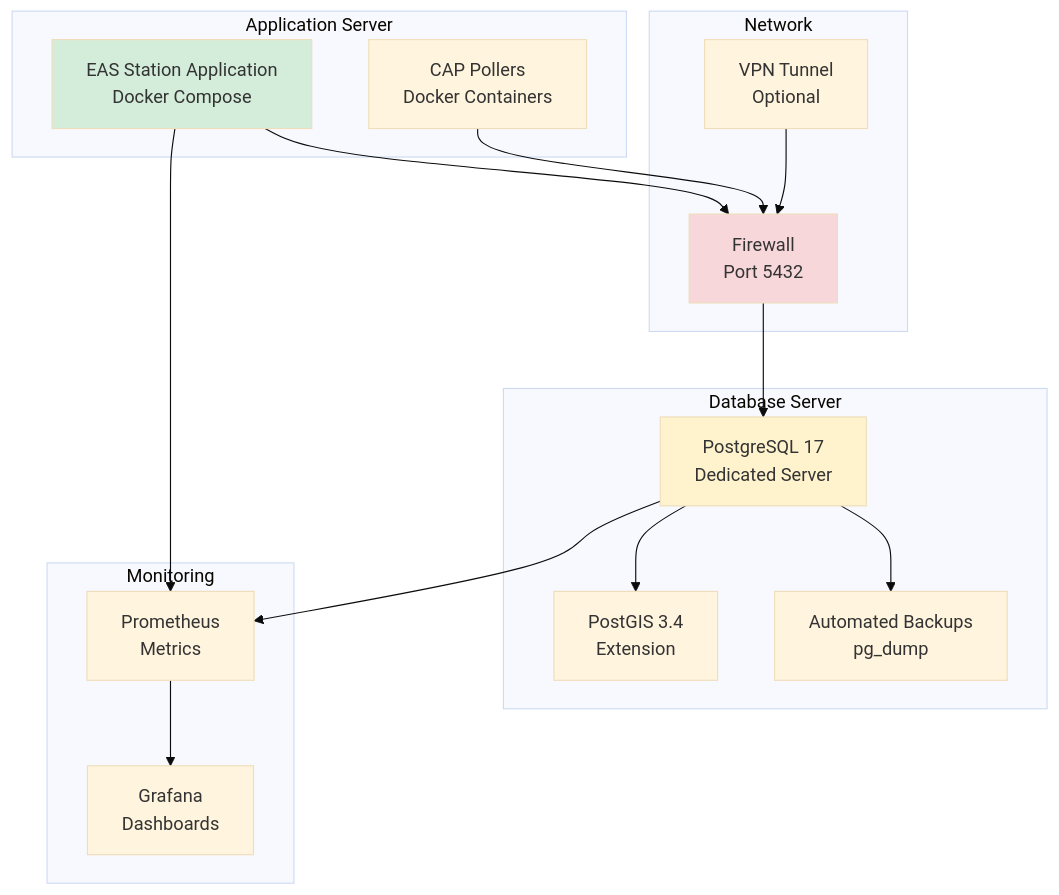
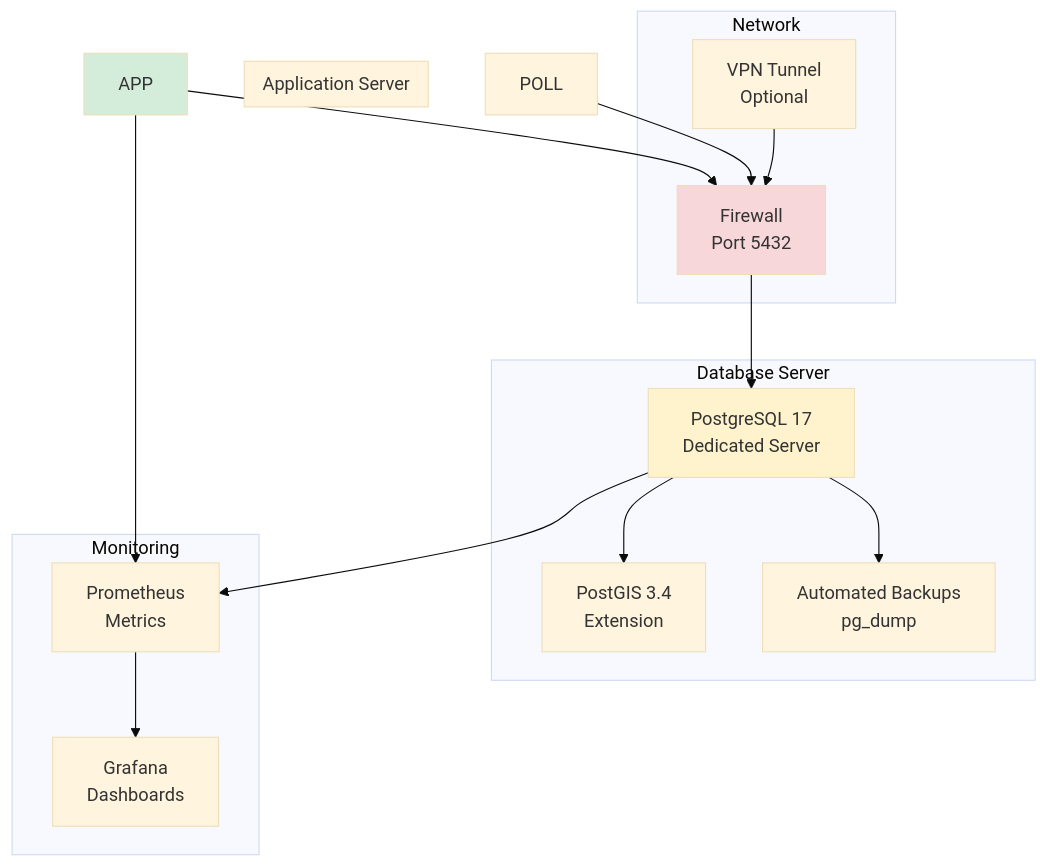
One commit to chelstein/eas-station changed diagram 21 of 21 in docs/architecture/SYSTEM_ARCHITECTURE.md. Above: the diagram before and after it, drawn with Mermaid (base theme). The commit also changed other lines of this file and 71 other files, not shown here.

Commit message:
Remove all Docker references from documentation, charts, and SVG files

````diff
--- a/docs/architecture/SYSTEM_ARCHITECTURE.md
+++ b/docs/architecture/SYSTEM_ARCHITECTURE.md
@@ -1084,39 +1081,37 @@
 ```mermaid
 graph TB
     subgraph "Application Server"
-        APP[EAS Station Application<br>Docker Compose]
-        POLL[CAP Pollers<br>Docker Containers]
     end
 
     subgraph "Database Server"
         PG[PostgreSQL 17<br>Dedicated Server]
         PGIS[PostGIS 3.4<br>Extension]
         BACKUP[Automated Backups<br>pg_dump]
     end
 
     subgraph "Network"
         FW[Firewall<br>Port 5432]
         VPN[VPN Tunnel<br>Optional]
     end
 
     subgraph "Monitoring"
         PROM[Prometheus<br>Metrics]
         GRAF[Grafana<br>Dashboards]
     end
 
     APP --> FW
     POLL --> FW
     FW --> PG
     PG --> PGIS
     PG --> BACKUP
 
     VPN --> FW
 
     APP --> PROM
     PG --> PROM
     PROM --> GRAF
 
     style APP fill:#d4edda
     style PG fill:#fff3cd
     style FW fill:#f8d7da
 ```
````
